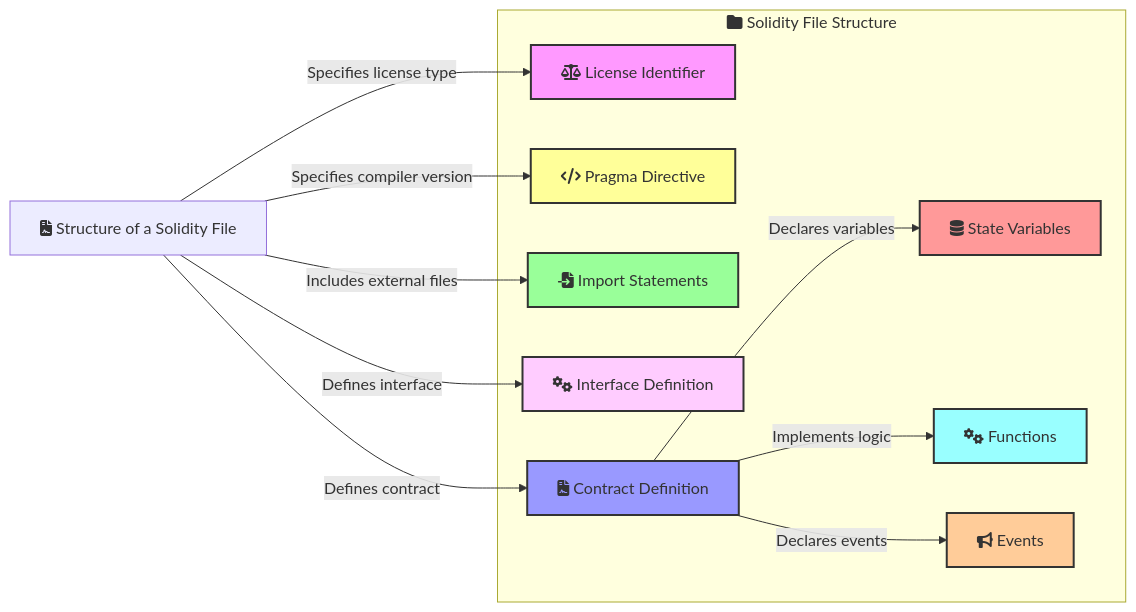
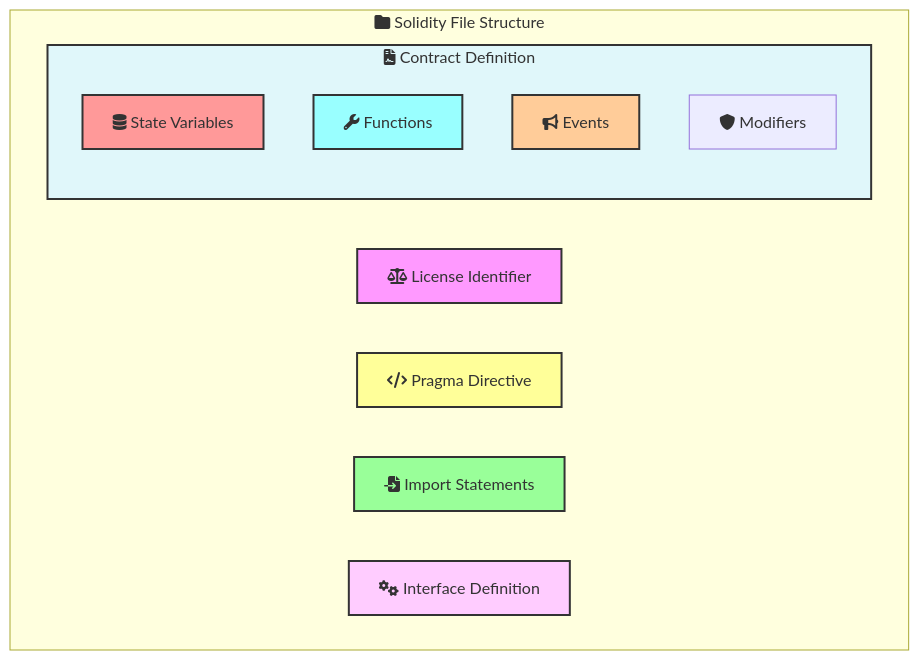
The first of 13 diagrams in _posts/2024-07-07-introduction-to-solidity.md (kelvin-bz/blog), drawn with Mermaid before and after one commit. The commit also changed other lines of this file, not shown here.

````diff
--- a/_posts/2024-07-07-introduction-to-solidity.md
+++ b/_posts/2024-07-07-introduction-to-solidity.md
@@ -18,43 +23,39 @@
 ```mermaid
-graph LR
+graph 
     classDef license fill:#f9f,stroke:#333,stroke-width:2px;
     classDef pragma fill:#ff9,stroke:#333,stroke-width:2px;
     classDef import fill:#9f9,stroke:#333,stroke-width:2px;
     classDef contract fill:#99f,stroke:#333,stroke-width:2px;
     classDef interface fill:#fcf,stroke:#333,stroke-width:2px;
     classDef state fill:#f99,stroke:#333,stroke-width:2px;
     classDef function fill:#9ff,stroke:#333,stroke-width:2px;
     classDef event fill:#fc9,stroke:#333,stroke-width:2px;
 
-    solidityFile["fa:fa-file-contract Structure of a Solidity File"]
     licenseIdentifier["fa:fa-balance-scale License Identifier"]:::license
     pragmaDirective["fa:fa-code Pragma Directive"]:::pragma
     importStatements["fa:fa-file-import Import Statements"]:::import
     interfaceDefinition["fa:fa-cogs Interface Definition"]:::interface
-    contractDefinition["fa:fa-file-contract Contract Definition"]:::contract
     stateVariables["fa:fa-database State Variables"]:::state
-    functions["fa:fa-cogs Functions"]:::function
+    functions["fa:fa-wrench Functions"]:::function
     events["fa:fa-bullhorn Events"]:::event
 
-    solidityFile -->|Specifies license type| licenseIdentifier
-    solidityFile -->|Specifies compiler version| pragmaDirective
-    solidityFile -->|Includes external files| importStatements
-    solidityFile -->|Defines interface| interfaceDefinition
-    solidityFile -->|Defines contract| contractDefinition
-    contractDefinition -->|Declares variables| stateVariables
-    contractDefinition -->|Implements logic| functions
-    contractDefinition -->|Declares events| events
-
+    licenseIdentifier
+    pragmaDirective
+    importStatements
+    interfaceDefinition
+  
     subgraph fileStructure["fa:fa-folder Solidity File Structure"]
         licenseIdentifier
         pragmaDirective
         importStatements
         interfaceDefinition
-        contractDefinition
-        stateVariables
-        functions
-        events
+        subgraph ContractDefinition["fa:fa-file-contract Contract Definition"]
+            style ContractDefinition fill:#e0f7fa,stroke:#333,stroke-width:2px
+            stateVariables
+            functions
+            modifiers["fa:fa-shield Modifiers"]:::modifier
+            events
+        end
     end
 
-
 ```
````
